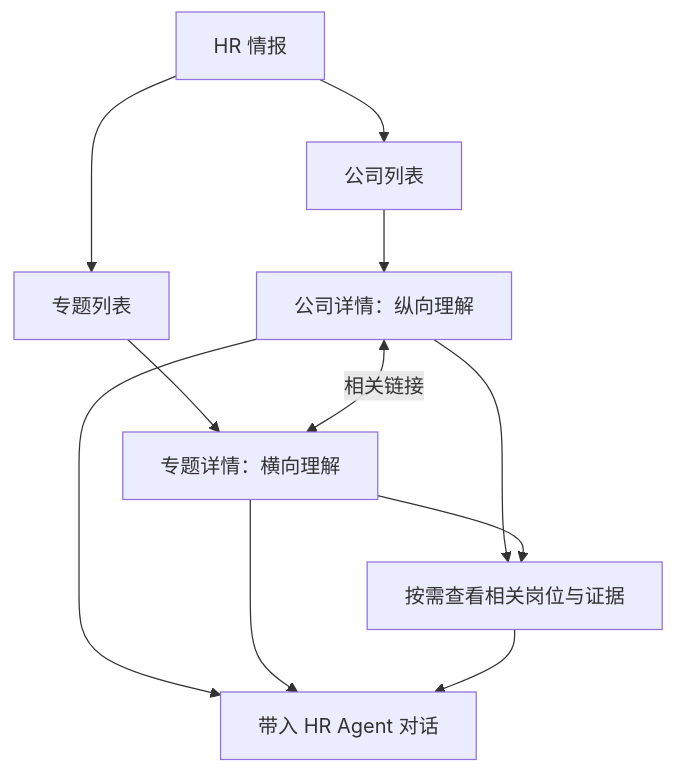
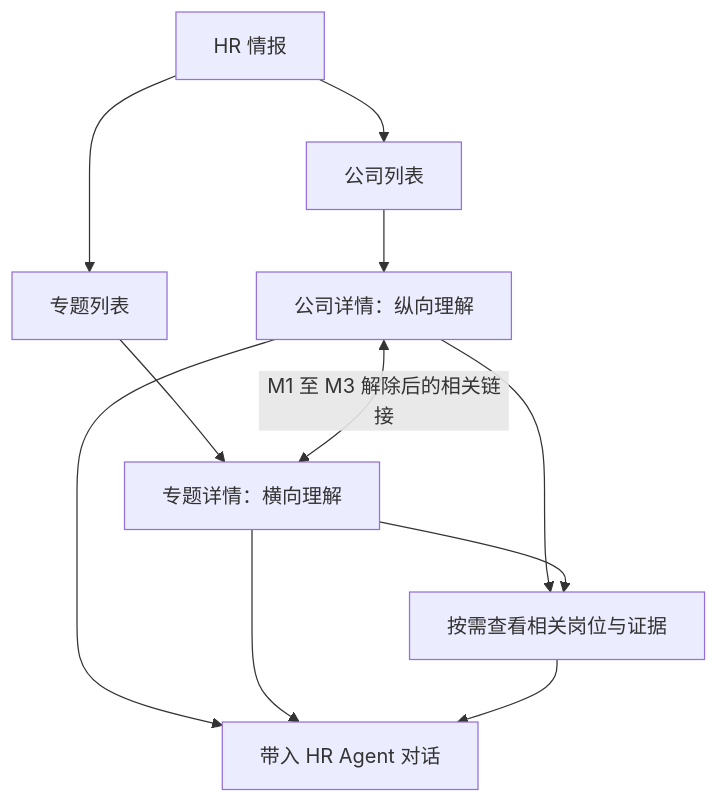
The diagram in docs/superpowers/specs/2026-09-08-hr-intelligence-company-topic-experience-design.md (ink-hz/AI-Agent-Platform), drawn with Mermaid before and after one commit. The commit also changed other lines of this file and 3 other files, not shown here.

````diff
--- a/docs/superpowers/specs/2026-09-08-hr-intelligence-company-topic-experience-design.md
+++ b/docs/superpowers/specs/2026-09-08-hr-intelligence-company-topic-experience-design.md
@@ -95,13 +119,13 @@
 ```mermaid
 flowchart TD
     H[HR 情报] --> C[公司列表]
     H --> T[专题列表]
     C --> CD[公司详情：纵向理解]
     T --> TD[专题详情：横向理解]
-    CD <-->|相关链接| TD
+    CD <-->|M1 至 M3 解除后的相关链接| TD
     CD --> E[按需查看相关岗位与证据]
     TD --> E
     CD --> A[带入 HR Agent 对话]
     TD --> A
     E --> A
 ```
````
